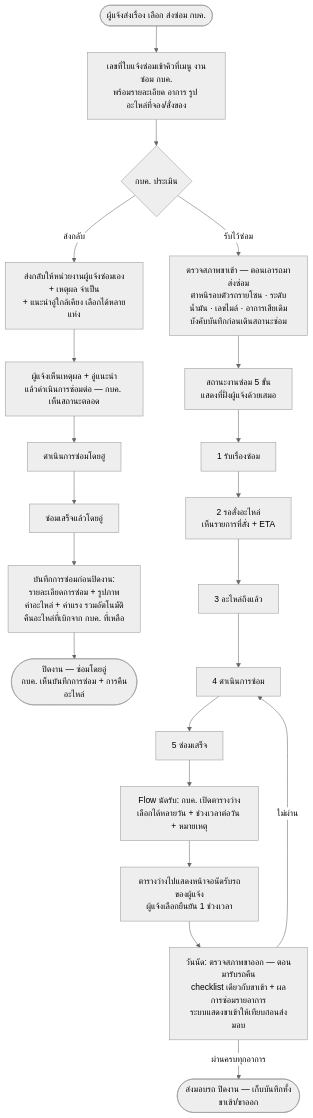
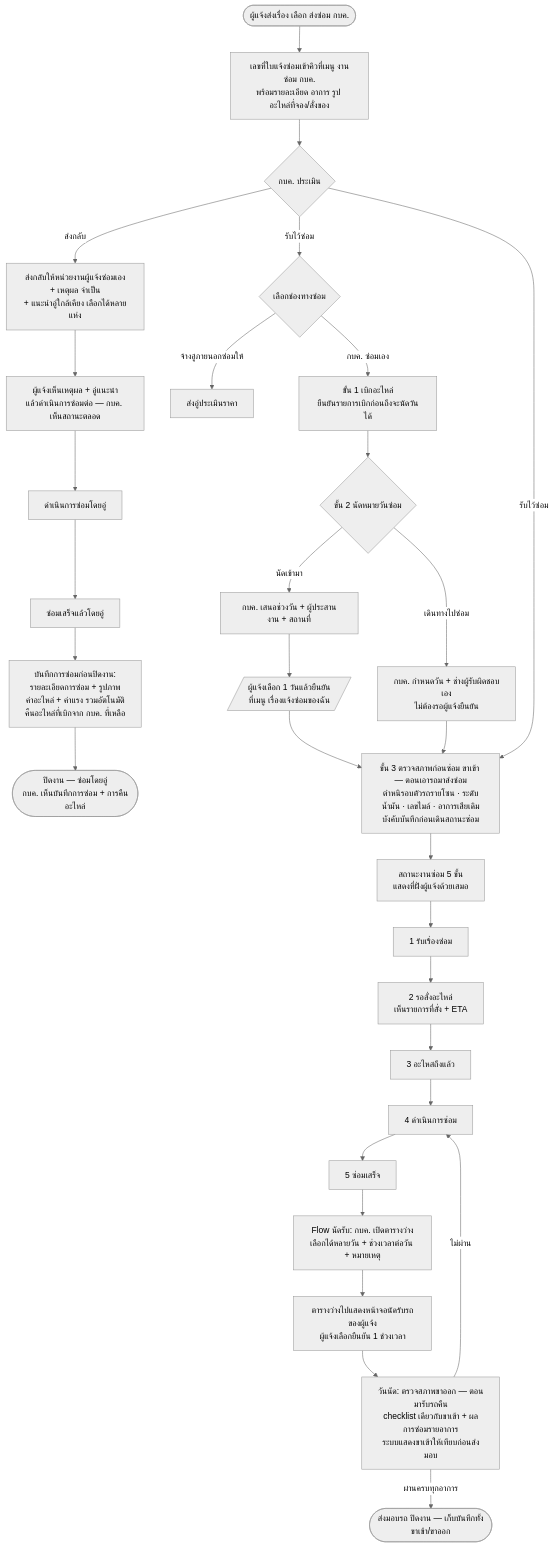
One commit to anugmail/Maintenance-Request-Form changed the diagram in Diagram/02-แจ้งซ่อม-กบค/03-กบค-รับงาน-นัดรับ-ตรวจสภาพ.md. Above: the diagram before and after it, drawn with Mermaid (neutral theme). The commit also changed 11 other files, not shown here.

````diff
--- a/Diagram/02-แจ้งซ่อม-กบค/03-กบค-รับงาน-นัดรับ-ตรวจสภาพ.md
+++ b/Diagram/02-แจ้งซ่อม-กบค/03-กบค-รับงาน-นัดรับ-ตรวจสภาพ.md
@@ -5,18 +5,27 @@
 ```mermaid
 flowchart TD
     A([ผู้แจ้งส่งเรื่อง เลือก ส่งซ่อม กบค.]) --> B[เลขที่ใบแจ้งซ่อมเข้าคิวที่เมนู งานซ่อม กบค.<br/>พร้อมรายละเอียด อาการ รูป อะไหล่ที่จอง/สั่งของ]
     B --> C{กบค. ประเมิน}
     C -- ส่งกลับ --> D[ส่งกลับให้หน่วยงานผู้แจ้งซ่อมเอง<br/>+ เหตุผล จำเป็น<br/>+ แนะนำอู่ใกล้เคียง เลือกได้หลายแห่ง]
     D --> D2[ผู้แจ้งเห็นเหตุผล + อู่แนะนำ<br/>แล้วดำเนินการซ่อมต่อ — กบค. เห็นสถานะตลอด]
     D2 --> R1[ดำเนินการซ่อมโดยอู่] --> R2[ซ่อมเสร็จแล้วโดยอู่]
     R2 --> R3[บันทึกการซ่อมก่อนปิดงาน:<br/>รายละเอียดการซ่อม + รูปภาพ<br/>ค่าอะไหล่ + ค่าแรง รวมอัตโนมัติ<br/>คืนอะไหล่ที่เบิกจาก กบค. ที่เหลือ]
     R3 --> R4([ปิดงาน — ซ่อมโดยอู่<br/>กบค. เห็นบันทึกการซ่อม + การคืนอะไหล่])
-    C -- รับไว้ซ่อม --> E0[ตรวจสภาพขาเข้า — ตอนเอารถมาส่งซ่อม<br/>ตำหนิรอบตัวรถรายโซน · ระดับน้ำมัน · เลขไมล์ · อาการเสียเดิม<br/>บังคับบันทึกก่อนเดินสถานะซ่อม]
+    C -- รับไว้ซ่อม --> S0{เลือกช่องทางซ่อม}
+    S0 -- จ้างอู่ภายนอกซ่อมให้ --> Q0[ส่งอู่ประเมินราคา]
+    S0 -- กบค. ซ่อมเอง --> P1[ขั้น 1 เบิกอะไหล่<br/>ยืนยันรายการเบิกก่อนถึงจะนัดวันได้]
+    P1 --> P2{ขั้น 2 นัดหมายวันซ่อม}
+    P2 -- นัดเข้ามา --> P2a[กบค. เสนอช่วงวัน + ผู้ประสานงาน + สถานที่]
+    P2a --> P2b[/ผู้แจ้งเลือก 1 วันแล้วยืนยัน<br/>ที่เมนู เรื่องแจ้งซ่อมของฉัน/]
+    P2 -- เดินทางไปซ่อม --> P2c[กบค. กำหนดวัน + ช่างผู้รับผิดชอบเอง<br/>ไม่ต้องรอผู้แจ้งยืนยัน]
+    P2b --> E0
+    P2c --> E0
+    C -- รับไว้ซ่อม --> E0[ขั้น 3 ตรวจสภาพก่อนซ่อม ขาเข้า — ตอนเอารถมาส่งซ่อม<br/>ตำหนิรอบตัวรถรายโซน · ระดับน้ำมัน · เลขไมล์ · อาการเสียเดิม<br/>บังคับบันทึกก่อนเดินสถานะซ่อม]
     E0 --> E[สถานะงานซ่อม 5 ขั้น<br/>แสดงที่ฝั่งผู้แจ้งด้วยเสมอ]
     E --> E1[1 รับเรื่องซ่อม] --> E2[2 รอสั่งอะไหล่<br/>เห็นรายการที่สั่ง + ETA] --> E3[3 อะไหล่ถึงแล้ว] --> E4[4 ดำเนินการซ่อม] --> E5[5 ซ่อมเสร็จ]
     E5 --> F[Flow นัดรับ: กบค. เปิดตารางว่าง<br/>เลือกได้หลายวัน + ช่วงเวลาต่อวัน + หมายเหตุ]
     F --> F2[ตารางว่างไปแสดงหน้าจอนัดรับรถของผู้แจ้ง<br/>ผู้แจ้งเลือกยืนยัน 1 ช่วงเวลา]
     F2 --> G[วันนัด: ตรวจสภาพขาออก — ตอนมารับรถคืน<br/>checklist เดียวกับขาเข้า + ผลการซ่อมรายอาการ<br/>ระบบแสดงขาเข้าให้เทียบก่อนส่งมอบ]
     G -- ผ่านครบทุกอาการ --> H([ส่งมอบรถ ปิดงาน — เก็บบันทึกทั้งขาเข้า/ขาออก])
     G -- ไม่ผ่าน --> E4
 ```
````
